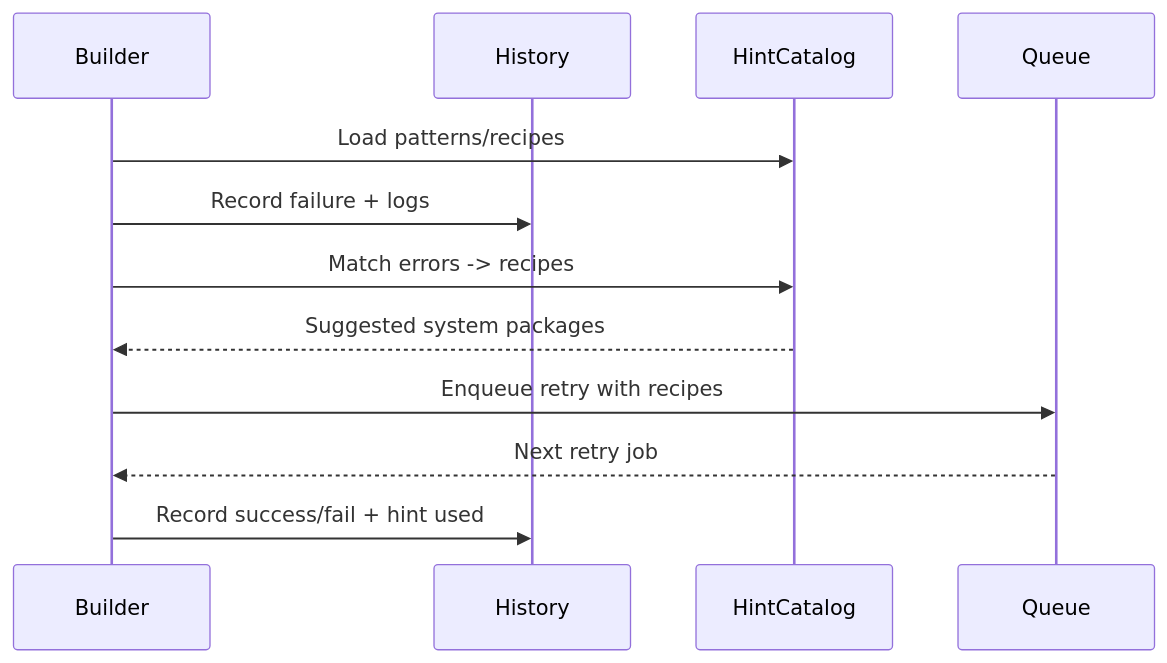
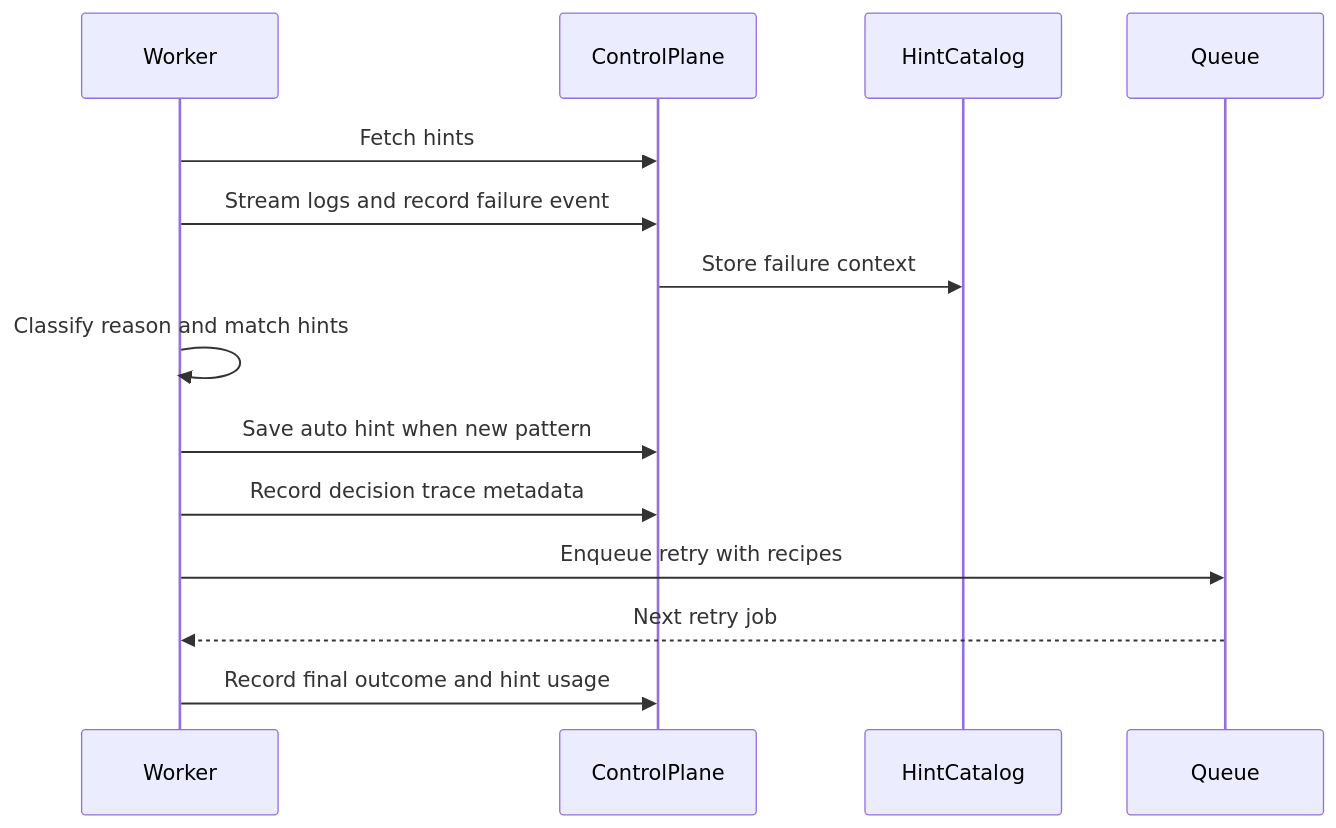
One commit to k8ika0s/s390x-wheel-refinery changed the diagram in docs/diagrams/workflow-retry-hint.mmd. Above: the diagram before and after it, drawn with Mermaid. The commit also changed 3 other files, not shown here.

Commit message:
Docs: refresh core diagrams

```diff
--- a/docs/diagrams/workflow-retry-hint.mmd
+++ b/docs/diagrams/workflow-retry-hint.mmd
@@ -1,13 +1,15 @@
 sequenceDiagram
-    participant Builder
-    participant History
+    participant Worker
+    participant ControlPlane
     participant HintCatalog
     participant Queue
 
-    Builder->>HintCatalog: Load patterns/recipes
-    Builder->>History: Record failure + logs
-    Builder->>HintCatalog: Match errors -> recipes
-    HintCatalog-->>Builder: Suggested system packages
-    Builder->>Queue: Enqueue retry with recipes
-    Queue-->>Builder: Next retry job
-    Builder->>History: Record success/fail + hint used
+    Worker->>ControlPlane: Fetch hints
+    Worker->>ControlPlane: Stream logs and record failure event
+    ControlPlane->>HintCatalog: Store failure context
+    Worker->>Worker: Classify reason and match hints
+    Worker->>ControlPlane: Save auto hint when new pattern
+    Worker->>ControlPlane: Record decision trace metadata
+    Worker->>Queue: Enqueue retry with recipes
+    Queue-->>Worker: Next retry job
+    Worker->>ControlPlane: Record final outcome and hint usage
```
